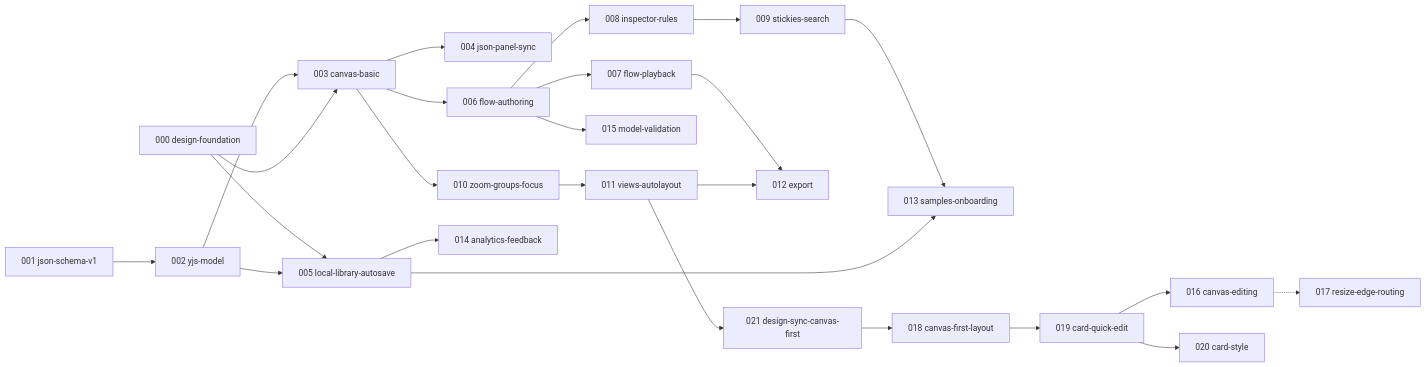
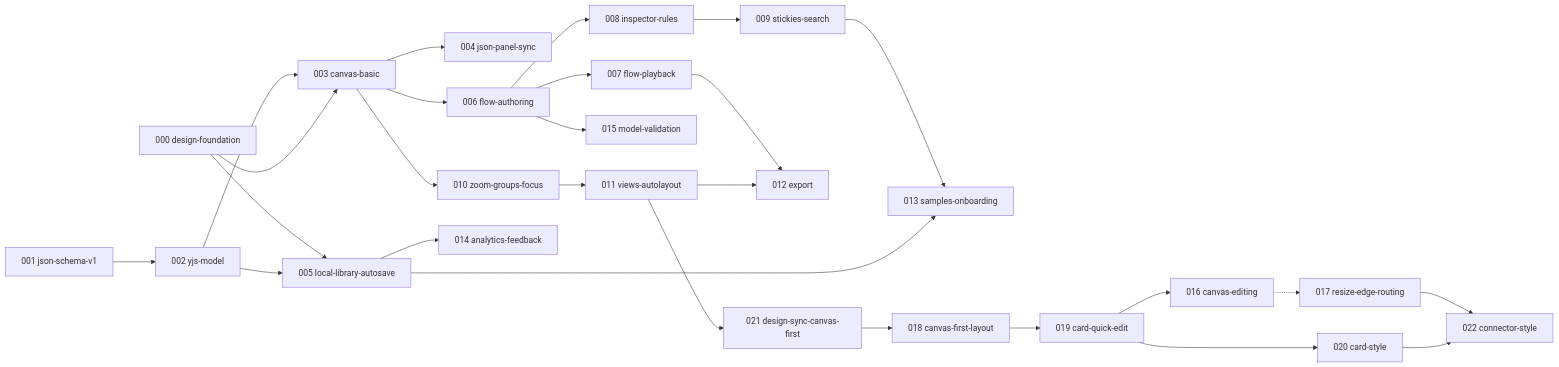
The diagram in docs/backlog.md (FamManh/sododeck), drawn with Mermaid before and after one commit. The commit also changed other lines of this file and 8 other files, not shown here.

````diff
--- a/docs/backlog.md
+++ b/docs/backlog.md
@@ -59,44 +59,47 @@
 ```mermaid
 flowchart LR
   F000[000 design-foundation]
   F001[001 json-schema-v1]
   F002[002 yjs-model]
   F003[003 canvas-basic]
   F004[004 json-panel-sync]
   F005[005 local-library-autosave]
   F006[006 flow-authoring]
   F007[007 flow-playback]
   F008[008 inspector-rules]
   F015[015 model-validation]
   F009[009 stickies-search]
   F010[010 zoom-groups-focus]
   F011[011 views-autolayout]
   F012[012 export]
   F013[013 samples-onboarding]
   F014[014 analytics-feedback]
   F016[016 canvas-editing]
   F017[017 resize-edge-routing]
   F018[018 canvas-first-layout]
   F019[019 card-quick-edit]
   F020[020 card-style]
   F021[021 design-sync-canvas-first]
+  F022[022 connector-style]
 
   F001 --> F002 --> F003
   F000 --> F003
   F000 --> F005
   F002 --> F005
   F003 --> F004
   F003 --> F006 --> F007
   F006 --> F008 --> F009
   F006 --> F015
   F003 --> F010 --> F011
   F007 --> F012
   F011 --> F012
   F009 --> F013
   F005 --> F013
   F005 --> F014
   F011 --> F021 --> F018 --> F019
   F019 --> F016
   F016 -.-> F017
   F019 --> F020
+  F017 --> F022
+  F020 --> F022
 ```
````
